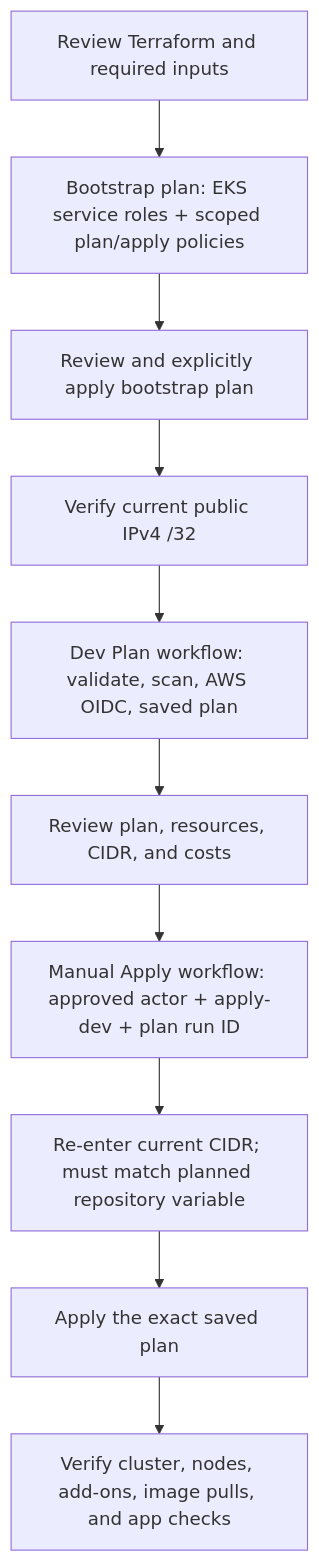
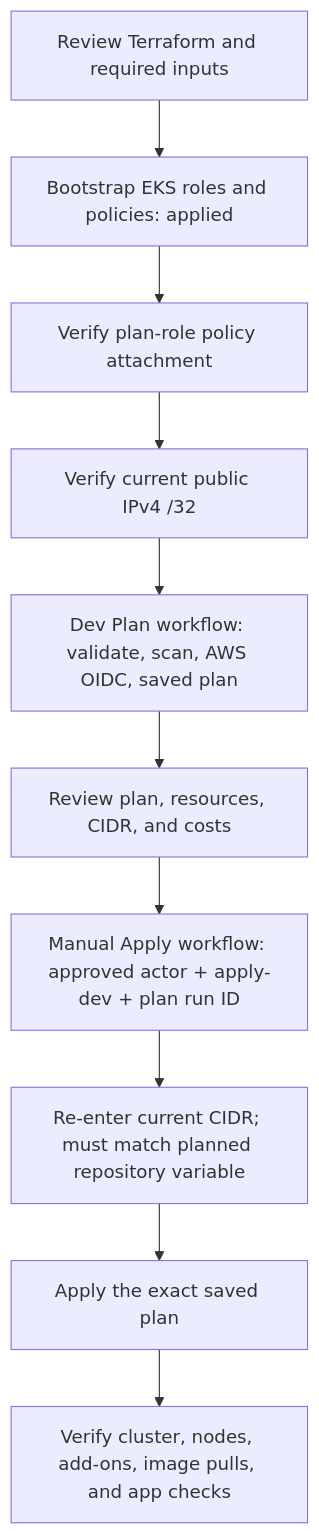
The second of 2 diagrams in infrastructure/terraform/modules/eks/eks.md (Ikteaja/aws-ai-infrastructure-platform), drawn with Mermaid before and after one commit. The commit also changed other lines of this file and 2 other files, not shown here.

Commit message:
add policy

````diff
--- a/infrastructure/terraform/modules/eks/eks.md
+++ b/infrastructure/terraform/modules/eks/eks.md
@@ -161,16 +162,16 @@
 ```mermaid
 flowchart TD
     Source["Review Terraform and required inputs"]
-    Bootstrap["Bootstrap plan: EKS service roles + scoped plan/apply policies"]
-    BootstrapApply["Review and explicitly apply bootstrap plan"]
+    Bootstrap["Bootstrap EKS roles and policies: applied"]
+    BootstrapApply["Verify plan-role policy attachment"]
     AdminIP["Verify current public IPv4 /32"]
     DevPlan["Dev Plan workflow: validate, scan, AWS OIDC, saved plan"]
     Review["Review plan, resources, CIDR, and costs"]
     Approval["Manual Apply workflow: approved actor + apply-dev + plan run ID"]
     Confirm["Re-enter current CIDR; must match planned repository variable"]
     Apply["Apply the exact saved plan"]
     Verify["Verify cluster, nodes, add-ons, image pulls, and app checks"]
 
     Source --> Bootstrap --> BootstrapApply --> AdminIP --> DevPlan
     DevPlan --> Review --> Approval --> Confirm --> Apply --> Verify
 ```
````
